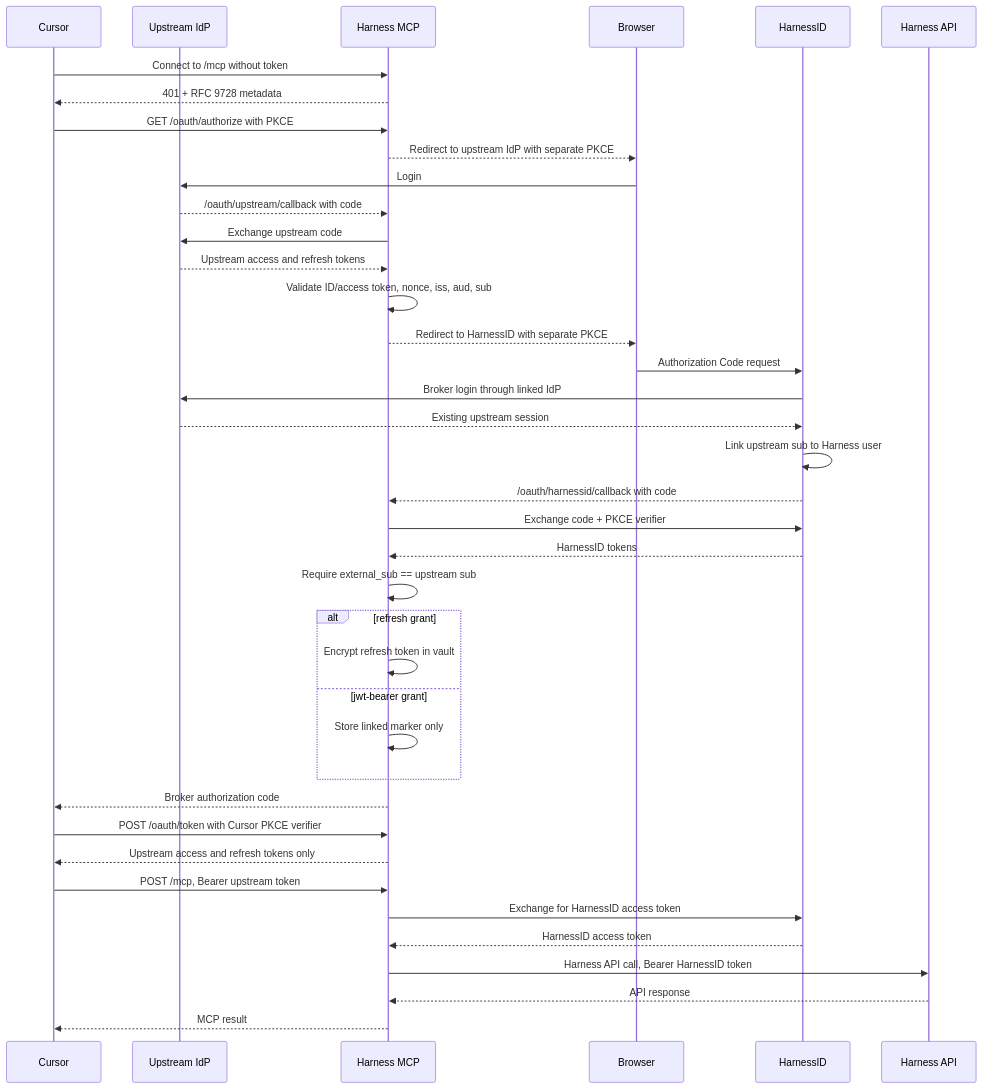
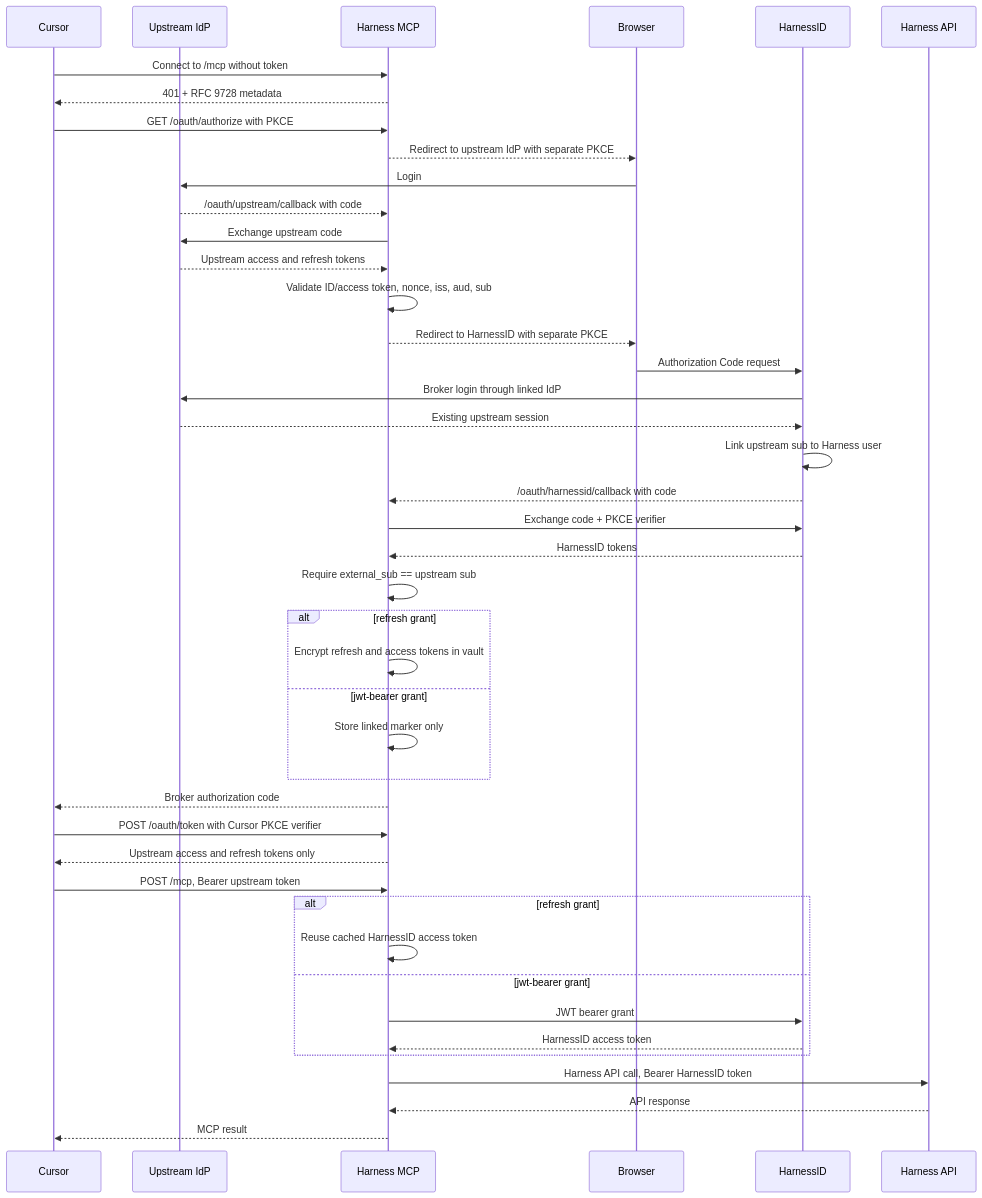
One commit to harness/mcp-server changed the first of 3 diagrams in docs/oauth-proxy.md. Above: the diagram before and after it, drawn with Mermaid. The commit also changed other lines of this file and 9 other files, not shown here.

First line of the commit message:
feat(oauth-proxy): cache HarnessID access tokens

````diff
--- a/docs/oauth-proxy.md
+++ b/docs/oauth-proxy.md
@@ -47,43 +50,47 @@
 ```mermaid
 sequenceDiagram
     participant C as Cursor
     participant IdP as Upstream IdP
     participant M as Harness MCP
     participant B as Browser
     participant K as HarnessID
     participant H as Harness API
 
     C->>M: Connect to /mcp without token
     M-->>C: 401 + RFC 9728 metadata
     C->>M: GET /oauth/authorize with PKCE
     M-->>B: Redirect to upstream IdP with separate PKCE
     B->>IdP: Login
     IdP-->>M: /oauth/upstream/callback with code
     M->>IdP: Exchange upstream code
     IdP-->>M: Upstream access and refresh tokens
     M->>M: Validate ID/access token, nonce, iss, aud, sub
 
     M-->>B: Redirect to HarnessID with separate PKCE
     B->>K: Authorization Code request
     K->>IdP: Broker login through linked IdP
     IdP-->>K: Existing upstream session
     K->>K: Link upstream sub to Harness user
     K-->>M: /oauth/harnessid/callback with code
     M->>K: Exchange code + PKCE verifier
     K-->>M: HarnessID tokens
     M->>M: Require external_sub == upstream sub
     alt refresh grant
-        M->>M: Encrypt refresh token in vault
+        M->>M: Encrypt refresh and access tokens in vault
     else jwt-bearer grant
         M->>M: Store linked marker only
     end
     M-->>C: Broker authorization code
     C->>M: POST /oauth/token with Cursor PKCE verifier
     M-->>C: Upstream access and refresh tokens only
     C->>M: POST /mcp, Bearer upstream token
-    M->>K: Exchange for HarnessID access token
-    K-->>M: HarnessID access token
+    alt refresh grant
+        M->>M: Reuse cached HarnessID access token
+    else jwt-bearer grant
+        M->>K: JWT bearer grant
+        K-->>M: HarnessID access token
+    end
     M->>H: Harness API call, Bearer HarnessID token
     H-->>M: API response
     M-->>C: MCP result
 ```
````
